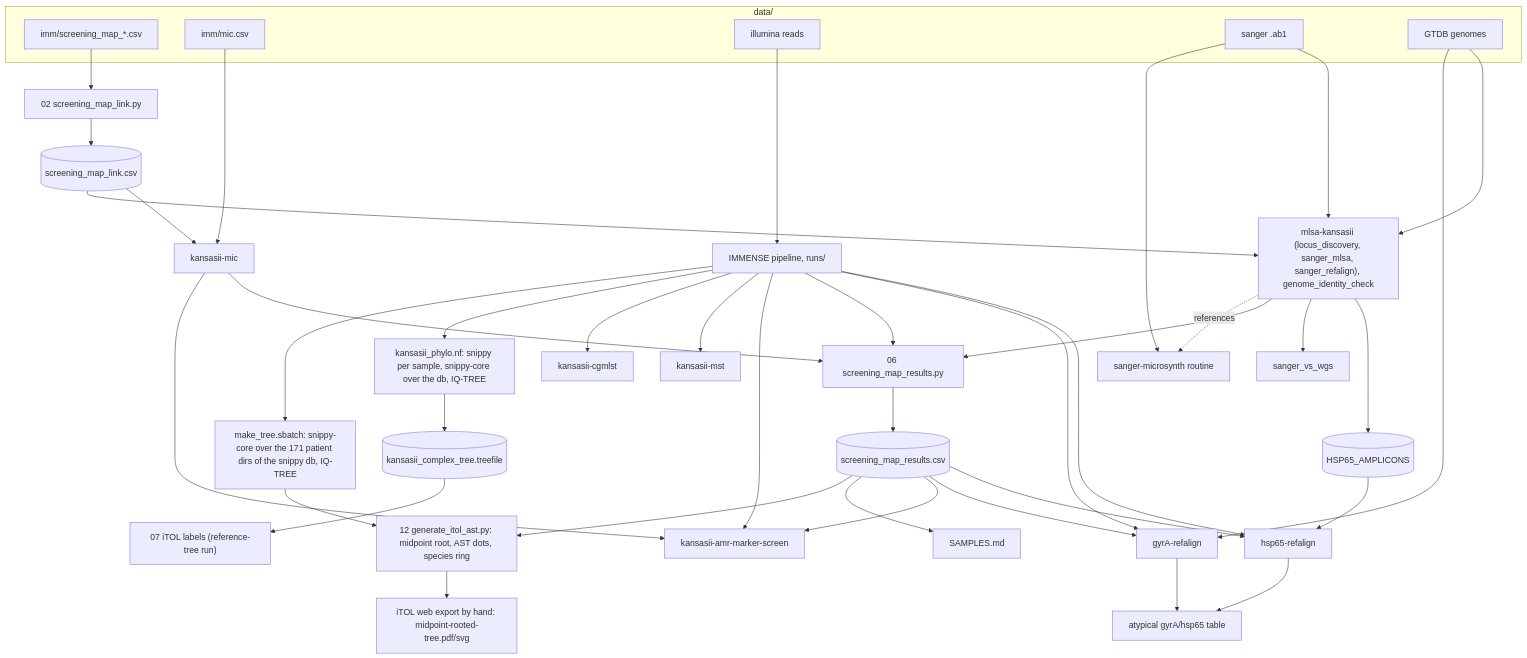
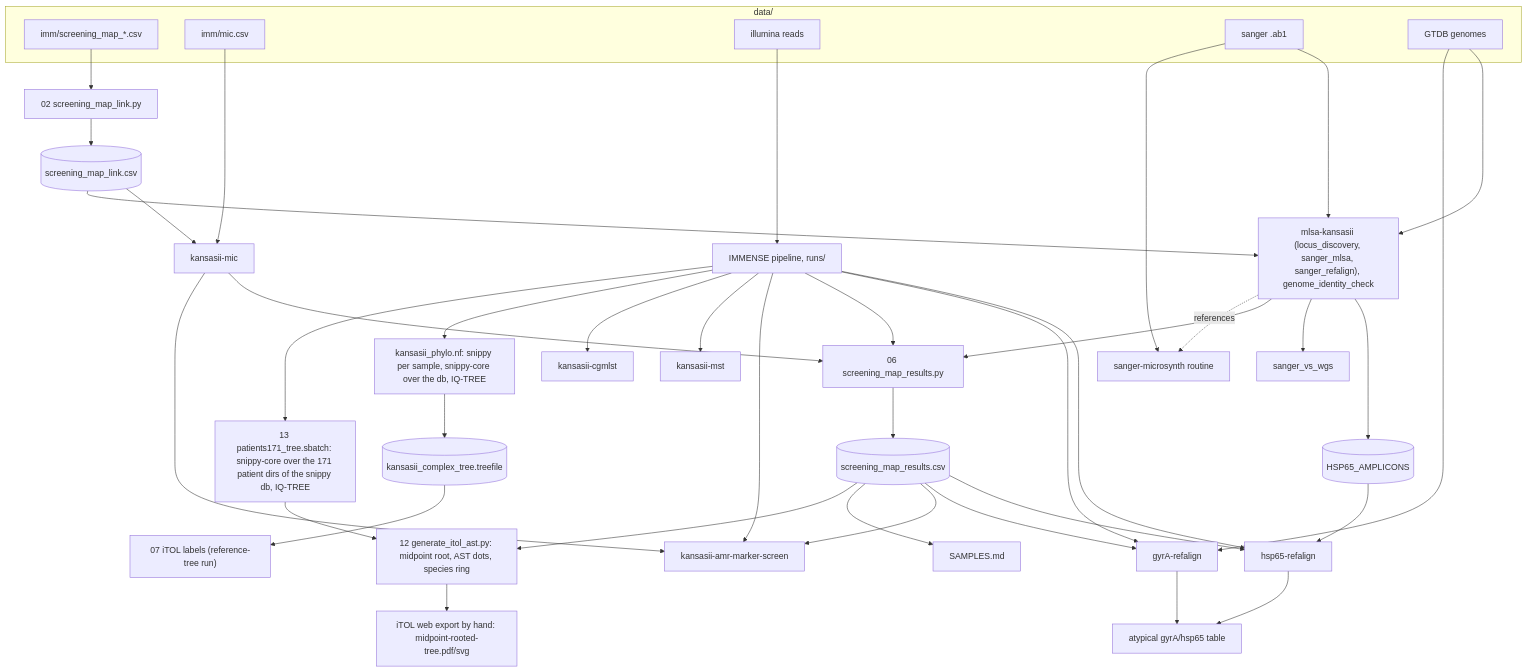
The diagram in docs/DATAFLOW.md (michaelmeuli/kansasii-docs), drawn with Mermaid before and after one commit. The commit also changed other lines of this file and 3 other files, not shown here.

Commit message:
Docs: tree job of the 171 isolates is immensekansasii/scripts/13_patients171_tree.sbatch

````diff
--- a/docs/DATAFLOW.md
+++ b/docs/DATAFLOW.md
@@ -6,47 +6,47 @@
 ```mermaid
 flowchart TD
   subgraph inputs ["data/"]
     SM["imm/screening_map_*.csv"]
     MICIN["imm/mic.csv"]
     READS["illumina reads"]
     SANG["sanger .ab1"]
     GTDB["GTDB genomes"]
   end
   SM --> LINK["02 screening_map_link.py"]
   LINK --> LT[("screening_map_link.csv")]
   READS --> PIPE["IMMENSE pipeline, runs/"]
   LT --> MIC["kansasii-mic"]
   MICIN --> MIC
   GTDB --> MLSA["mlsa-kansasii (locus_discovery, sanger_mlsa, sanger_refalign), genome_identity_check"]
   MLSA --> AMP[("HSP65_AMPLICONS")]
   SANG --> MLSA
   LT --> MLSA
   MLSA --> M4["sanger_vs_wgs"]
   AMP --> HSPR["hsp65-refalign"]
   RT --> HSPR
   PIPE --> HSPR
   GTDB --> GYR["gyrA-refalign"]
   RT --> GYR
   PIPE --> GYR
   HSPR --> ATY["atypical gyrA/hsp65 table"]
   GYR --> ATY
   MIC --> RES["06 screening_map_results.py"]
   MLSA --> RES
   PIPE --> RES
   RES --> RT[("screening_map_results.csv")]
   RT --> AMR["kansasii-amr-marker-screen"]
   MIC --> AMR
   PIPE --> AMR
   PIPE --> MST["kansasii-mst"]
   PIPE --> CG["kansasii-cgmlst"]
   RT --> REP["SAMPLES.md"]
   PIPE --> TREE["kansasii_phylo.nf: snippy per sample, snippy-core over the db, IQ-TREE"]
   TREE --> TT[("kansasii_complex_tree.treefile")]
   TT --> ITOL["07 iTOL labels (reference-tree run)"]
-  PIPE --> T171["make_tree.sbatch: snippy-core over the 171 patient dirs of the snippy db, IQ-TREE"]
+  PIPE --> T171["13 patients171_tree.sbatch: snippy-core over the 171 patient dirs of the snippy db, IQ-TREE"]
   T171 --> AST["12 generate_itol_ast.py: midpoint root, AST dots, species ring"]
   RT --> AST
   AST --> FIG["iTOL web export by hand: midpoint-rooted-tree.pdf/svg"]
   SANG --> MS["sanger-microsynth routine"]
   MLSA -. references .-> MS
 ```
````
